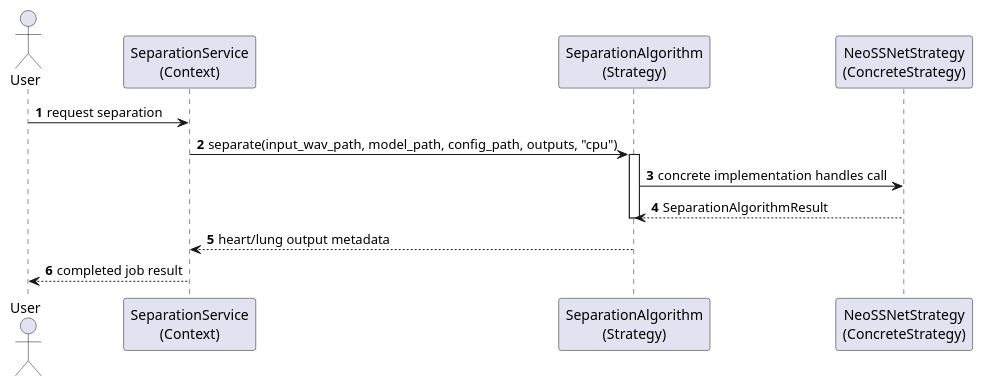
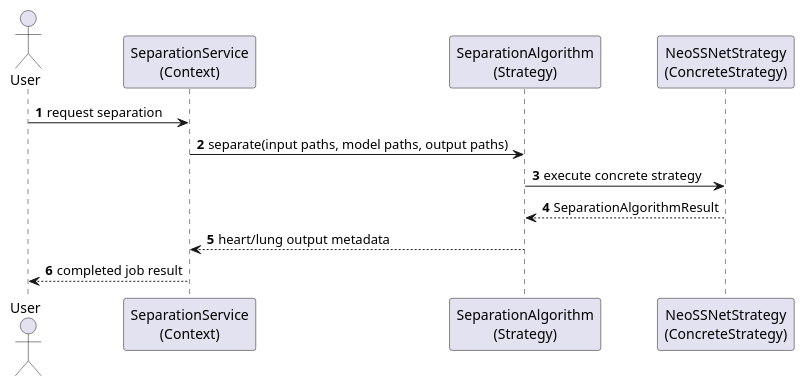
The diagram in docs/software_design_report/diagrams/puml/strategy_sequence.puml (ASHRAF-2004/Machine-Learning-Based-System-for-Cardiopulmonary-Sound-Separation), drawn with PlantUML before and after one commit. The commit also changed 20 other files, not shown here.

Commit message:
Polish software design report structure and diagrams

```diff
--- a/docs/software_design_report/diagrams/puml/strategy_sequence.puml
+++ b/docs/software_design_report/diagrams/puml/strategy_sequence.puml
@@ -1,22 +1,20 @@
 @startuml
 ' Strategy Pattern sequence diagram.
 ' Suggested LaTeX placement: normal page.
 
 skinparam shadowing false
 autonumber
 
 actor User
 participant "SeparationService\n(Context)" as Service
 participant "SeparationAlgorithm\n(Strategy)" as Algorithm
 participant "NeoSSNetStrategy\n(ConcreteStrategy)" as NeoSSNet
 
 User -> Service : request separation
-Service -> Algorithm : separate(input_wav_path, model_path, config_path, outputs, "cpu")
-activate Algorithm
-Algorithm -> NeoSSNet : concrete implementation handles call
+Service -> Algorithm : separate(input paths, model paths, output paths)
+Algorithm -> NeoSSNet : execute concrete strategy
 NeoSSNet --> Algorithm : SeparationAlgorithmResult
-deactivate Algorithm
 Algorithm --> Service : heart/lung output metadata
 Service --> User : completed job result
 
 @enduml
```
